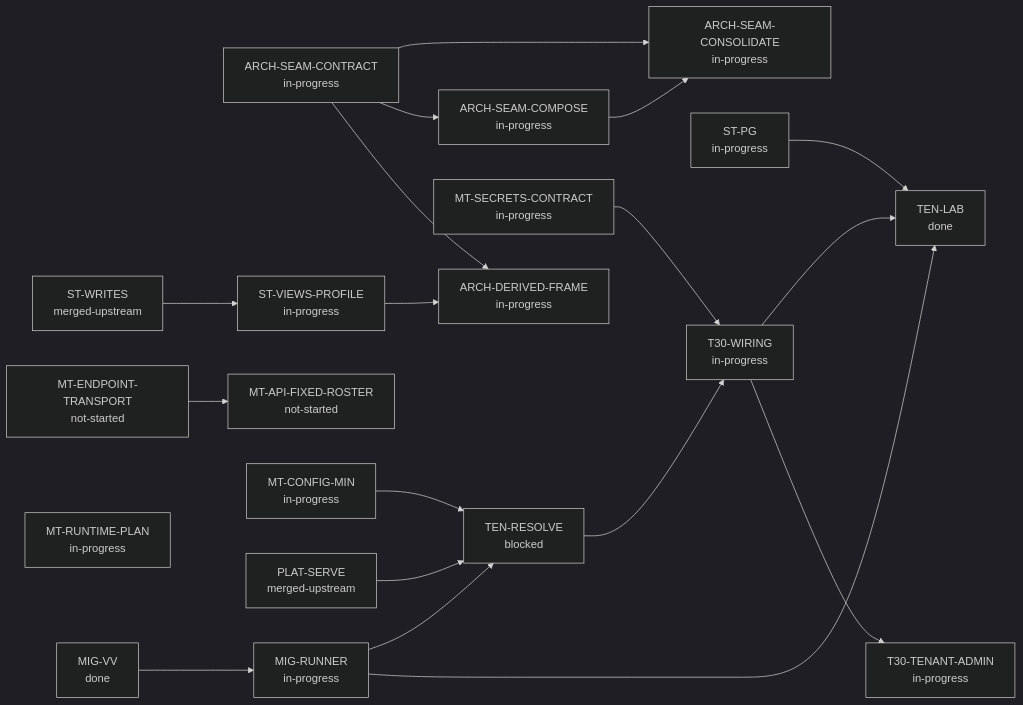
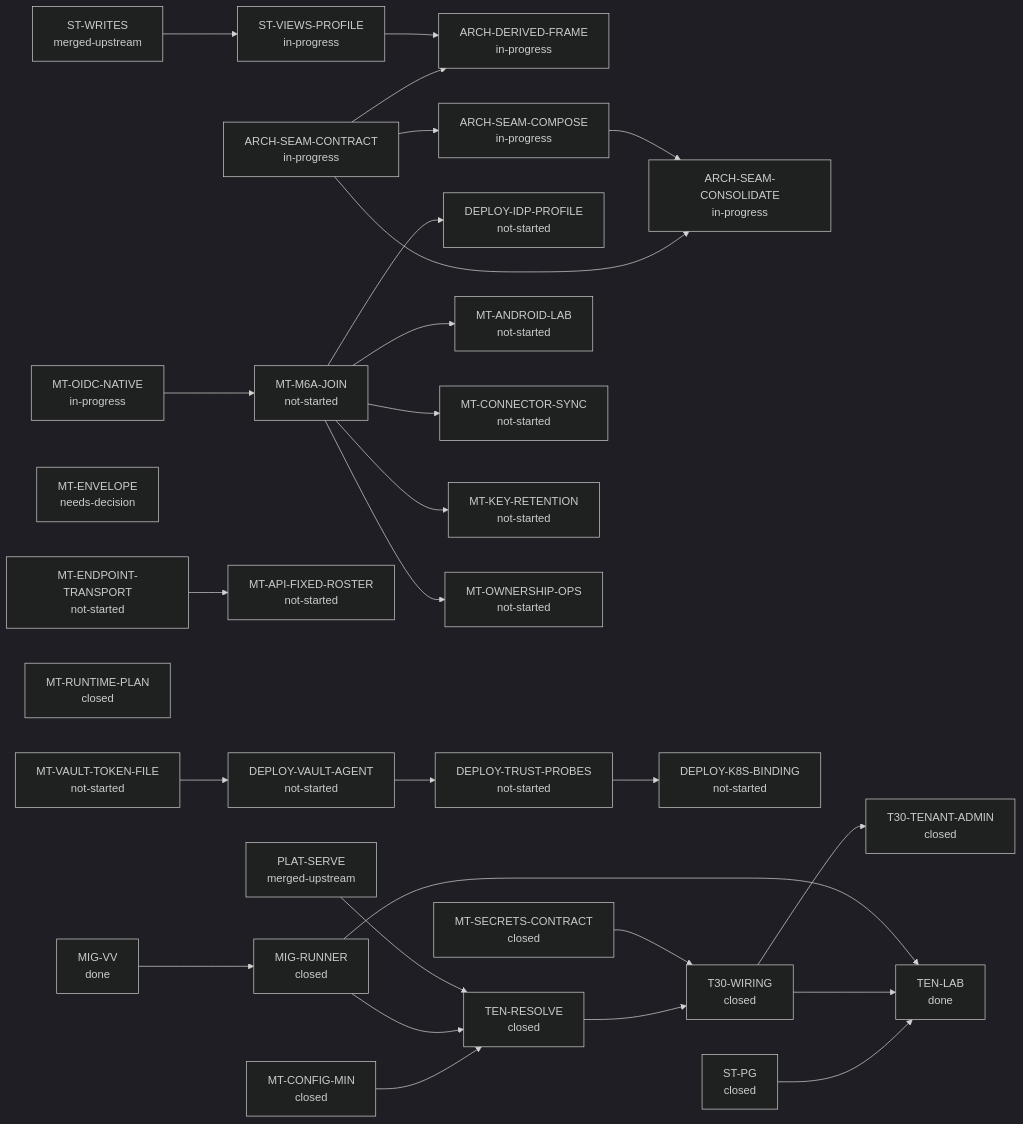
One commit to bewest/rag-nightscout-ecosystem-alignment changed the second of 2 diagrams in docs/30-design/tenancy/multitenant-delivery-dashboard.md. Above: the diagram before and after it, drawn with Mermaid (dark theme). The commit also changed other lines of this file and 17 other files, not shown here.

First line of the commit message:
Split M6 into M6a-M6d and M7; close umbrella tenancy items; record deploy-repo, Vault Agent and disposable-harness decisions

````diff
--- a/docs/30-design/tenancy/multitenant-delivery-dashboard.md
+++ b/docs/30-design/tenancy/multitenant-delivery-dashboard.md
@@ -63,39 +82,60 @@
 ```mermaid
 flowchart LR
   ARCH-DERIVED-FRAME["ARCH-DERIVED-FRAME<br/>in-progress"]
   ARCH-SEAM-COMPOSE["ARCH-SEAM-COMPOSE<br/>in-progress"]
   ARCH-SEAM-CONSOLIDATE["ARCH-SEAM-CONSOLIDATE<br/>in-progress"]
   ARCH-SEAM-CONTRACT["ARCH-SEAM-CONTRACT<br/>in-progress"]
-  MIG-RUNNER["MIG-RUNNER<br/>in-progress"]
+  DEPLOY-IDP-PROFILE["DEPLOY-IDP-PROFILE<br/>not-started"]
+  DEPLOY-K8S-BINDING["DEPLOY-K8S-BINDING<br/>not-started"]
+  DEPLOY-TRUST-PROBES["DEPLOY-TRUST-PROBES<br/>not-started"]
+  DEPLOY-VAULT-AGENT["DEPLOY-VAULT-AGENT<br/>not-started"]
+  MIG-RUNNER["MIG-RUNNER<br/>closed"]
   MIG-VV["MIG-VV<br/>done"]
+  MT-ANDROID-LAB["MT-ANDROID-LAB<br/>not-started"]
   MT-API-FIXED-ROSTER["MT-API-FIXED-ROSTER<br/>not-started"]
-  MT-CONFIG-MIN["MT-CONFIG-MIN<br/>in-progress"]
+  MT-CONFIG-MIN["MT-CONFIG-MIN<br/>closed"]
+  MT-CONNECTOR-SYNC["MT-CONNECTOR-SYNC<br/>not-started"]
   MT-ENDPOINT-TRANSPORT["MT-ENDPOINT-TRANSPORT<br/>not-started"]
-  MT-RUNTIME-PLAN["MT-RUNTIME-PLAN<br/>in-progress"]
-  MT-SECRETS-CONTRACT["MT-SECRETS-CONTRACT<br/>in-progress"]
+  MT-ENVELOPE["MT-ENVELOPE<br/>needs-decision"]
+  MT-KEY-RETENTION["MT-KEY-RETENTION<br/>not-started"]
+  MT-M6A-JOIN["MT-M6A-JOIN<br/>not-started"]
+  MT-OIDC-NATIVE["MT-OIDC-NATIVE<br/>in-progress"]
+  MT-OWNERSHIP-OPS["MT-OWNERSHIP-OPS<br/>not-started"]
+  MT-RUNTIME-PLAN["MT-RUNTIME-PLAN<br/>closed"]
+  MT-SECRETS-CONTRACT["MT-SECRETS-CONTRACT<br/>closed"]
+  MT-VAULT-TOKEN-FILE["MT-VAULT-TOKEN-FILE<br/>not-started"]
   PLAT-SERVE["PLAT-SERVE<br/>merged-upstream"]
-  ST-PG["ST-PG<br/>in-progress"]
+  ST-PG["ST-PG<br/>closed"]
   ST-VIEWS-PROFILE["ST-VIEWS-PROFILE<br/>in-progress"]
   ST-WRITES["ST-WRITES<br/>merged-upstream"]
-  T30-TENANT-ADMIN["T30-TENANT-ADMIN<br/>in-progress"]
-  T30-WIRING["T30-WIRING<br/>in-progress"]
+  T30-TENANT-ADMIN["T30-TENANT-ADMIN<br/>closed"]
+  T30-WIRING["T30-WIRING<br/>closed"]
   TEN-LAB["TEN-LAB<br/>done"]
-  TEN-RESOLVE["TEN-RESOLVE<br/>blocked"]
+  TEN-RESOLVE["TEN-RESOLVE<br/>closed"]
   ARCH-SEAM-CONTRACT --> ARCH-DERIVED-FRAME
   ST-VIEWS-PROFILE --> ARCH-DERIVED-FRAME
   ARCH-SEAM-CONTRACT --> ARCH-SEAM-COMPOSE
   ARCH-SEAM-CONTRACT --> ARCH-SEAM-CONSOLIDATE
   ARCH-SEAM-COMPOSE --> ARCH-SEAM-CONSOLIDATE
+  MT-M6A-JOIN --> DEPLOY-IDP-PROFILE
+  DEPLOY-TRUST-PROBES --> DEPLOY-K8S-BINDING
+  DEPLOY-VAULT-AGENT --> DEPLOY-TRUST-PROBES
+  MT-VAULT-TOKEN-FILE --> DEPLOY-VAULT-AGENT
   MIG-VV --> MIG-RUNNER
+  MT-M6A-JOIN --> MT-ANDROID-LAB
   MT-ENDPOINT-TRANSPORT --> MT-API-FIXED-ROSTER
+  MT-M6A-JOIN --> MT-CONNECTOR-SYNC
+  MT-M6A-JOIN --> MT-KEY-RETENTION
+  MT-OIDC-NATIVE --> MT-M6A-JOIN
+  MT-M6A-JOIN --> MT-OWNERSHIP-OPS
   ST-WRITES --> ST-VIEWS-PROFILE
   T30-WIRING --> T30-TENANT-ADMIN
   TEN-RESOLVE --> T30-WIRING
   MT-SECRETS-CONTRACT --> T30-WIRING
   ST-PG --> TEN-LAB
   T30-WIRING --> TEN-LAB
   MIG-RUNNER --> TEN-LAB
   MT-CONFIG-MIN --> TEN-RESOLVE
   MIG-RUNNER --> TEN-RESOLVE
   PLAT-SERVE --> TEN-RESOLVE
 ```
````
